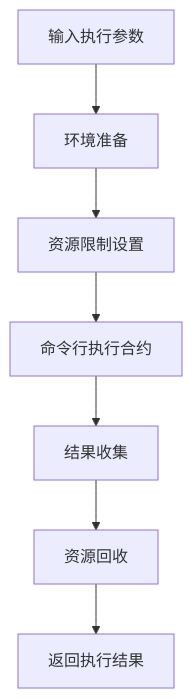
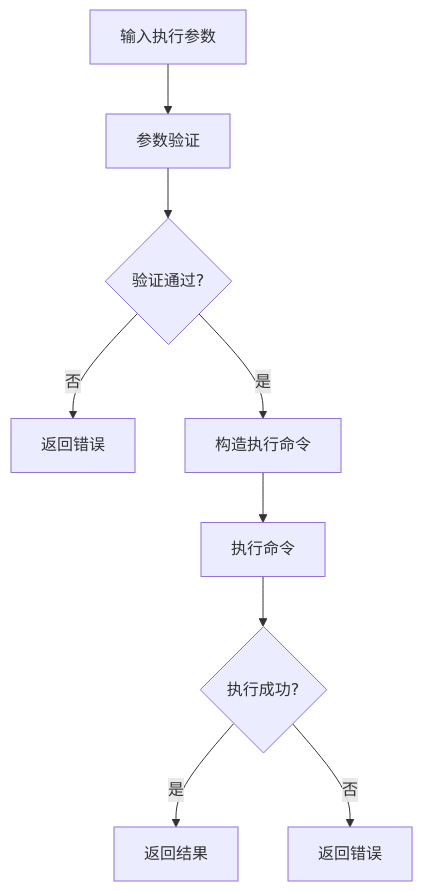
Before and after one commit to lengzhao/vm: the second of 3 diagrams in docs/detailed_design/execution_environment_detailed_design.md, drawn with Mermaid. The commit also changed other lines of this file and 11 other files, not shown here.

````diff
--- a/docs/detailed_design/execution_environment_detailed_design.md
+++ b/docs/detailed_design/execution_environment_detailed_design.md
@@ -107,9 +67,11 @@
 ```mermaid
 graph TD
-A[输入执行参数] --> B[环境准备]
-B --> C[资源限制设置]
-C --> D[命令行执行合约]
-D --> E[结果收集]
-E --> F[资源回收]
-F --> G[返回执行结果]
+A[输入执行参数] --> B[参数验证]
+B --> C{验证通过?}
+C --> |否| D[返回错误]
+C --> |是| E[构造执行命令]
+E --> F[执行命令]
+F --> G{执行成功?}
+G --> |是| H[返回结果]
+G --> |否| I[返回错误]
 ```
````
